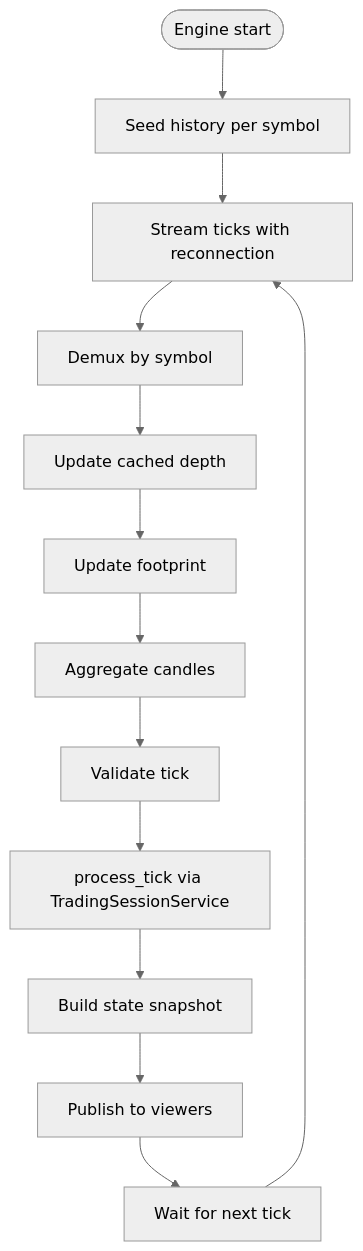
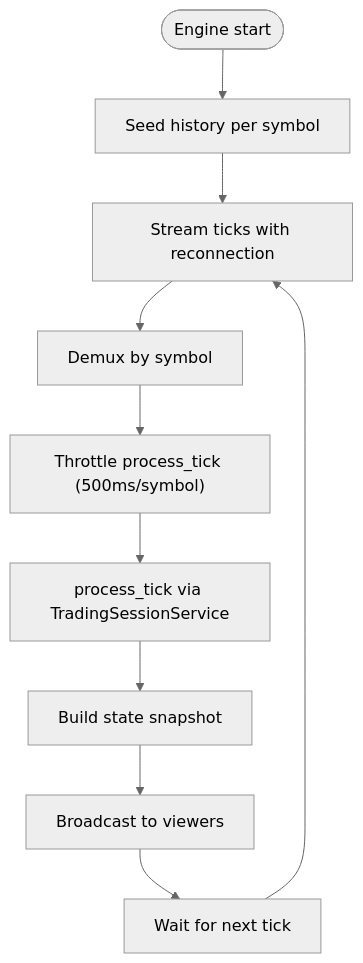
Before and after one commit to gemrajkhatry-maker/v5-of-glassytrade-ai: the fourth of 7 diagrams in .qoder/repowiki/en/content/Backend Application/Backend Application.md, drawn with Mermaid (neutral theme). The commit also changed other lines of this file and 219 other files, not shown here.

First line of the commit message:
refactor: major architecture improvements across backend, backendv2, brokers, and frontend

````diff
--- a/.qoder/repowiki/en/content/Backend Application/Backend Application.md
+++ b/.qoder/repowiki/en/content/Backend Application/Backend Application.md
@@ -235,15 +218,12 @@
 ```mermaid
 flowchart TD
 Start(["Engine start"]) --> Seed["Seed history per symbol"]
 Seed --> Stream["Stream ticks with reconnection"]
 Stream --> Demux["Demux by symbol"]
-Demux --> Depth["Update cached depth"]
-Depth --> Foot["Update footprint"]
-Foot --> Agg["Aggregate candles"]
-Agg --> Validate["Validate tick"]
-Validate --> Process["process_tick via TradingSessionService"]
+Demux --> Throttle["Throttle process_tick (500ms/symbol)"]
+Throttle --> Process["process_tick via TradingSessionService"]
 Process --> Snapshot["Build state snapshot"]
-Snapshot --> Publish["Publish to viewers"]
-Publish --> Loop["Wait for next tick"]
+Snapshot --> Broadcast["Broadcast to viewers"]
+Broadcast --> Loop["Wait for next tick"]
 Loop --> Stream
 ```
````
